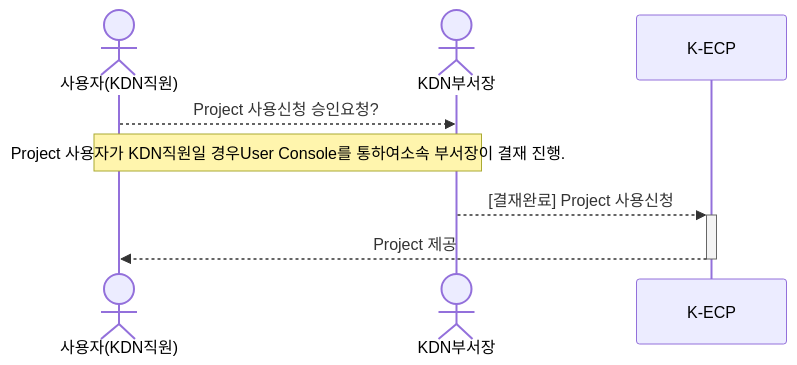
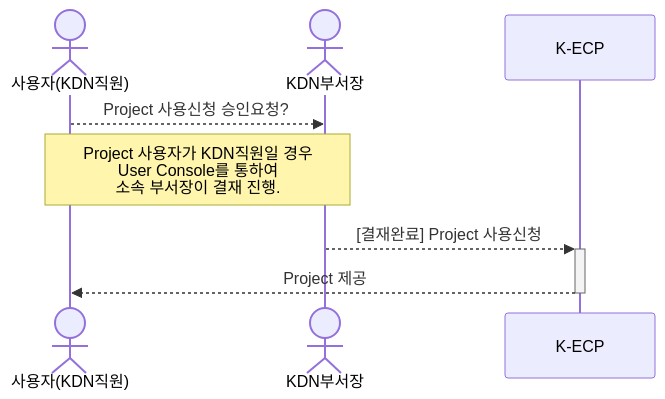
The first of 2 diagrams in mdfiles/Project.md (KDN-ECP/guidebooks), drawn with Mermaid before and after one commit.

````diff
--- a/mdfiles/Project.md
+++ b/mdfiles/Project.md
@@ -35,9 +35,9 @@
 ```mermaid
 sequenceDiagram
   actor 사용자(KDN직원)
   actor KDN부서장
   사용자(KDN직원) -->> KDN부서장: Project 사용신청 승인요청?
-  Note over 사용자(KDN직원), KDN부서장: Project 사용자가 KDN직원일 경우User Console를 통하여소속 부서장이 결재 진행.
+  Note over 사용자(KDN직원), KDN부서장: Project 사용자가 KDN직원일 경우<br/>User Console를 통하여<br/>소속 부서장이 결재 진행.
   KDN부서장 -->>+ K-ECP: [결재완료] Project 사용신청
   K-ECP -->>- 사용자(KDN직원): Project 제공
 ```
````
